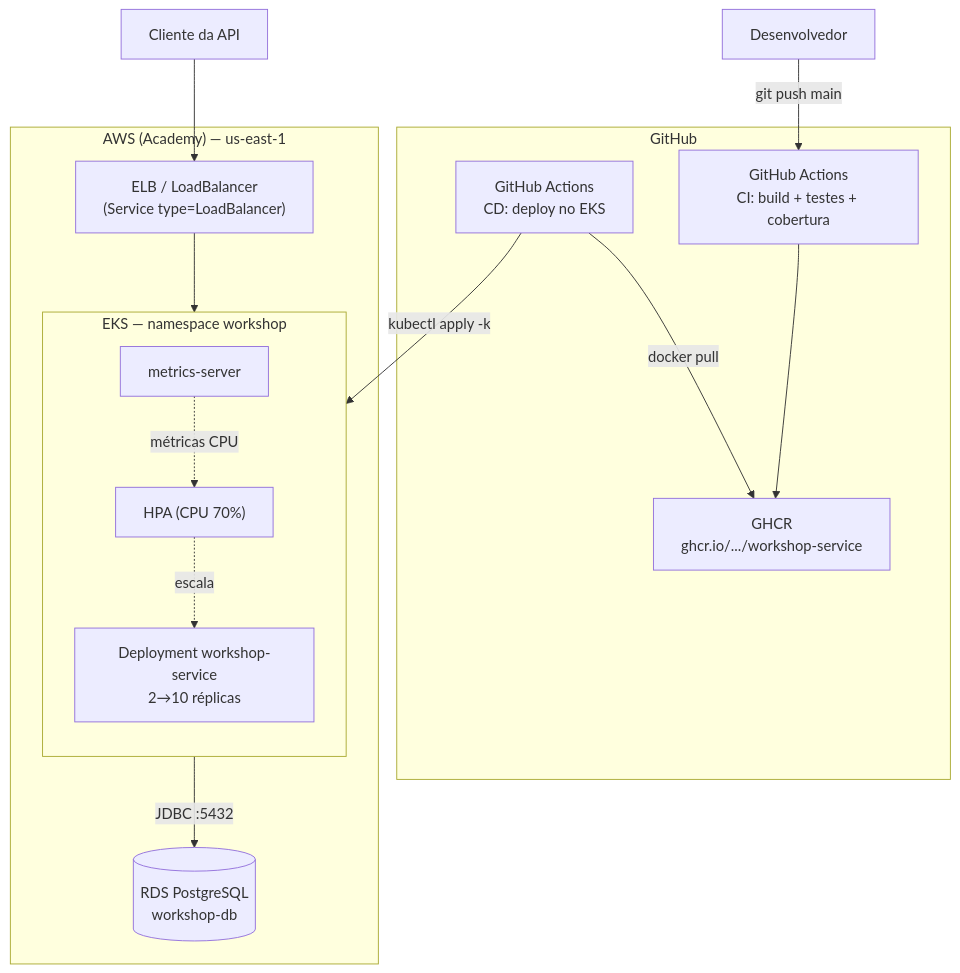
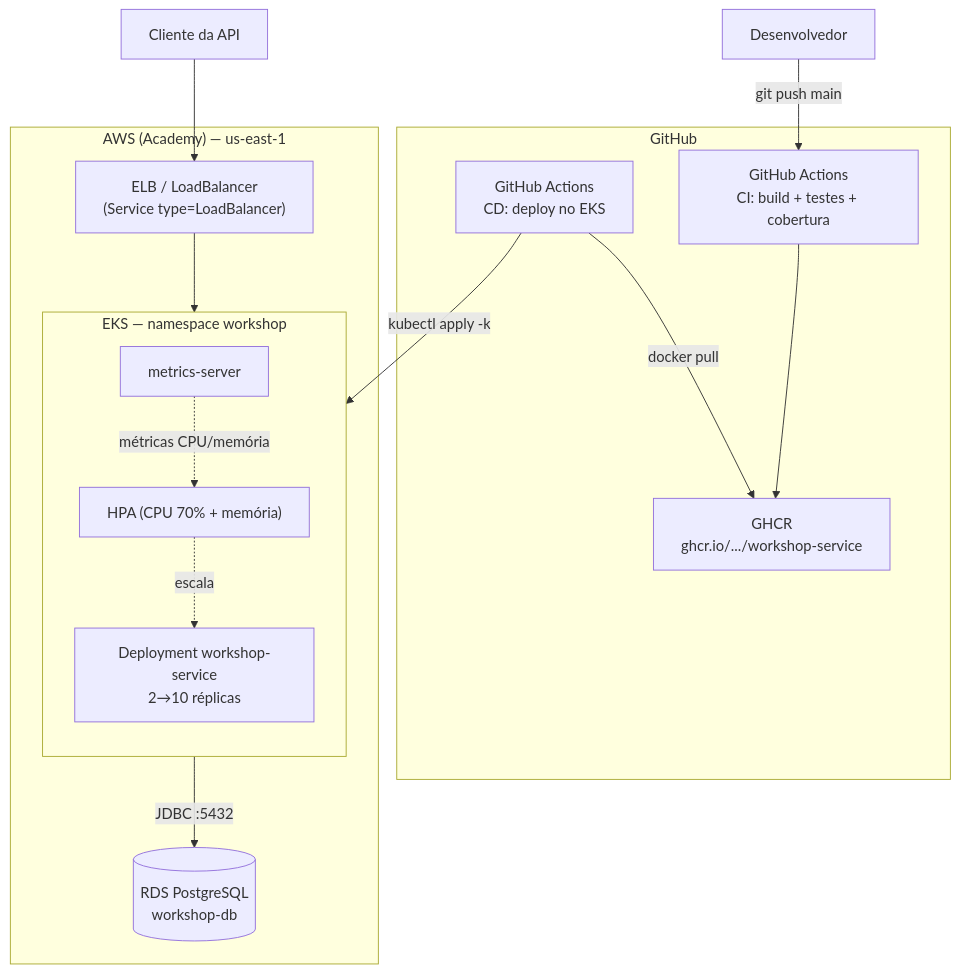
The first of 2 diagrams in README.md (postech-software-architecture/workshop-service-fase1), drawn with Mermaid before and after one commit. The commit also changed other lines of this file and 6 other files, not shown here.

````diff
--- a/README.md
+++ b/README.md
@@ -48,28 +48,28 @@
 ```mermaid
 flowchart TB
     subgraph GitHub
         CI["GitHub Actions<br/>CI: build + testes + cobertura"]
         GHCR["GHCR<br/>ghcr.io/.../workshop-service"]
         CD["GitHub Actions<br/>CD: deploy no EKS"]
     end
 
     subgraph AWS["AWS (Academy) — us-east-1"]
         ELB["ELB / LoadBalancer<br/>(Service type=LoadBalancer)"]
         subgraph EKS["EKS — namespace workshop"]
             direction TB
             DEP["Deployment workshop-service<br/>2→10 réplicas"]
-            HPA["HPA (CPU 70%)"]
+            HPA["HPA (CPU 70% + memória)"]
             MS["metrics-server"]
             HPA -. escala .-> DEP
-            MS -. métricas CPU .-> HPA
+            MS -. métricas CPU/memória .-> HPA
         end
         RDS[("RDS PostgreSQL<br/>workshop-db")]
     end
 
     Dev["Desenvolvedor"] -->|git push main| CI
     CI --> GHCR
     CD -->|docker pull| GHCR
     CD -->|kubectl apply -k| EKS
     Usuario["Cliente da API"] --> ELB --> DEP
     DEP -->|JDBC :5432| RDS
 ```
````
